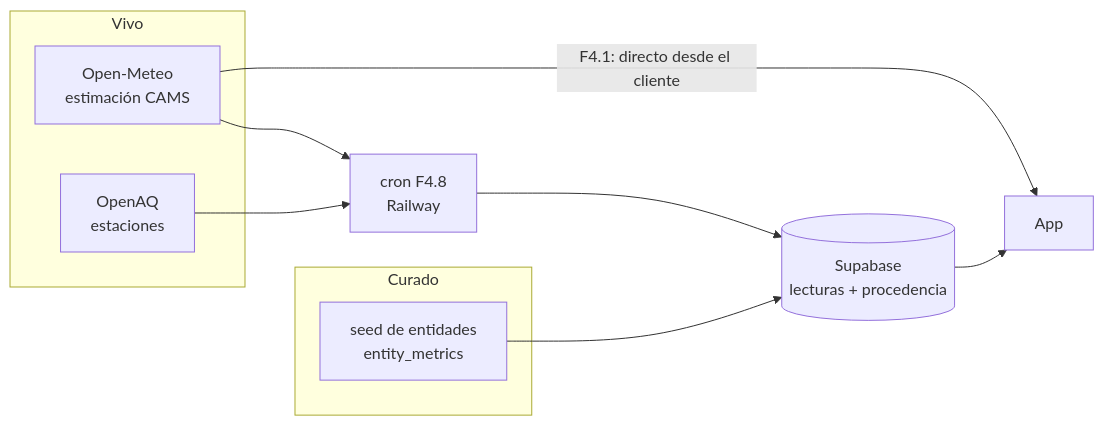
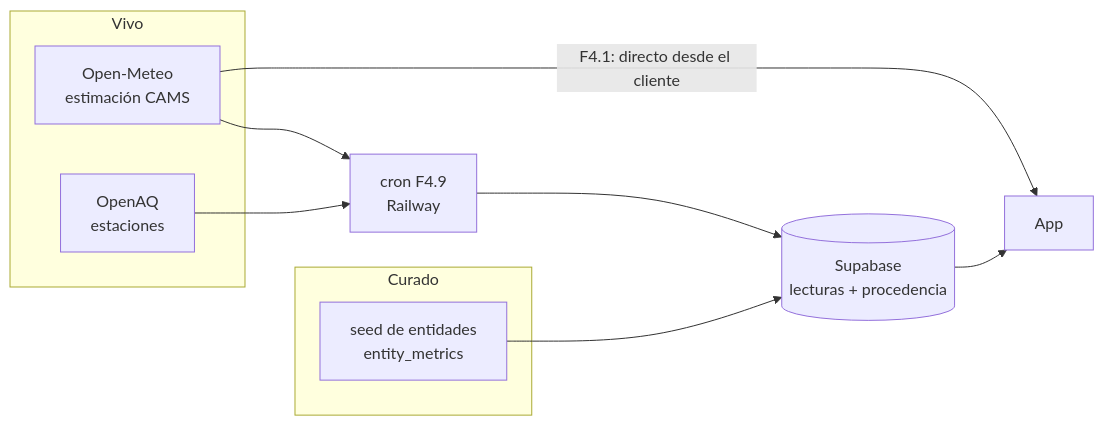
The diagram in docs/08_DATOS_EN_VIVO.md (ExpeAvomo15/oveng-envhealth), drawn with Mermaid before and after one commit. The commit also changed other lines of this file and 132 other files, not shown here.

````diff
--- a/docs/08_DATOS_EN_VIVO.md
+++ b/docs/08_DATOS_EN_VIVO.md
@@ -113,20 +113,20 @@
 ```mermaid
 graph LR
     subgraph vivo["Vivo"]
         om["Open-Meteo<br/>estimación CAMS"]
         oaq["OpenAQ<br/>estaciones"]
     end
     subgraph curado["Curado"]
         seed["seed de entidades<br/>entity_metrics"]
     end
-    cron["cron F4.8<br/>Railway"]
+    cron["cron F4.9<br/>Railway"]
     db[("Supabase<br/>lecturas + procedencia")]
     app["App"]
 
     om -->|"F4.1: directo desde el cliente"| app
     om --> cron
     oaq --> cron
     cron --> db
     seed --> db
     db --> app
 ```
````
